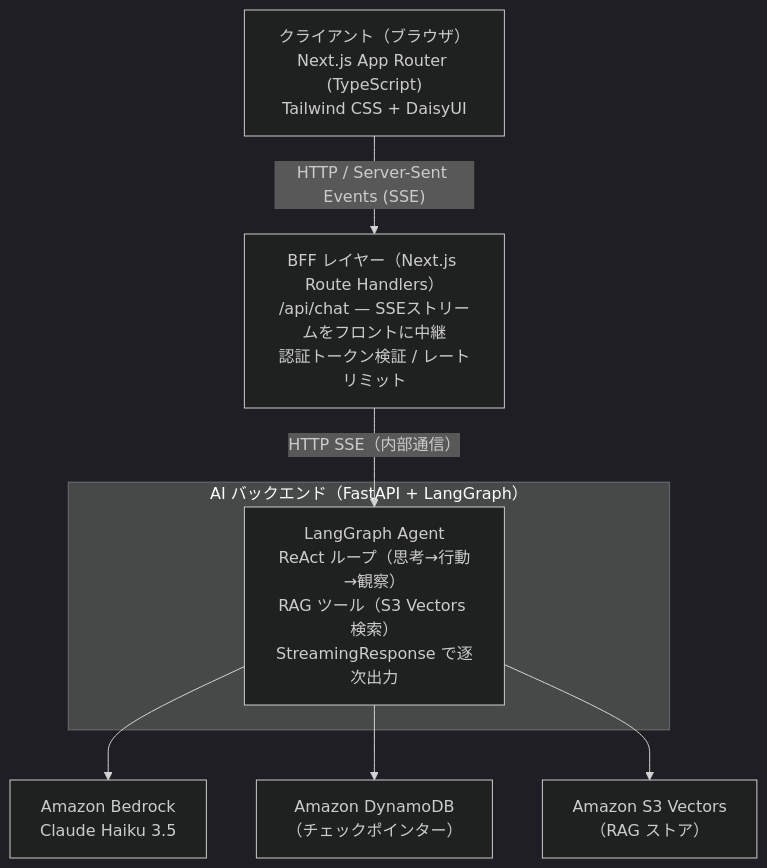
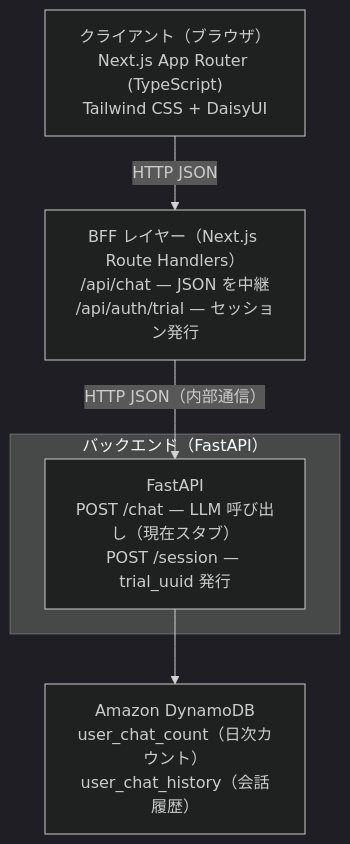
The diagram in docs/architecture/overall.md (ktr11/profile-chat-ai-docs), drawn with Mermaid (dark theme) before and after one commit. The commit also changed other lines of this file and 4 other files, not shown here.

````diff
--- a/docs/architecture/overall.md
+++ b/docs/architecture/overall.md
@@ -9,19 +9,15 @@
 ```mermaid
 flowchart TD
     Client["クライアント（ブラウザ）<br/>Next.js App Router (TypeScript)<br/>Tailwind CSS + DaisyUI"]
-    BFF["BFF レイヤー（Next.js Route Handlers）<br/>/api/chat — SSEストリームをフロントに中継<br/>認証トークン検証 / レートリミット"]
+    BFF["BFF レイヤー（Next.js Route Handlers）<br/>/api/chat — JSON を中継<br/>/api/auth/trial — セッション発行"]
 
-    subgraph backend["AI バックエンド（FastAPI + LangGraph）"]
-        Agent["LangGraph Agent<br/>ReAct ループ（思考→行動→観察）<br/>RAG ツール（S3 Vectors 検索）<br/>StreamingResponse で逐次出力"]
+    subgraph backend["バックエンド（FastAPI）"]
+        API["FastAPI<br/>POST /chat — LLM 呼び出し（現在スタブ）<br/>POST /session — trial_uuid 発行"]
     end
 
-    Bedrock["Amazon Bedrock<br/>Claude Haiku 3.5"]
-    DynamoDB["Amazon DynamoDB<br/>（チェックポインター）"]
-    S3Vectors["Amazon S3 Vectors<br/>（RAG ストア）"]
+    DynamoDB["Amazon DynamoDB<br/>user_chat_count（日次カウント）<br/>user_chat_history（会話履歴）"]
 
-    Client -->|"HTTP / Server-Sent Events (SSE)"| BFF
-    BFF -->|"HTTP SSE（内部通信）"| Agent
-    Agent --> Bedrock
-    Agent --> DynamoDB
-    Agent --> S3Vectors
+    Client -->|"HTTP JSON"| BFF
+    BFF -->|"HTTP JSON（内部通信）"| API
+    API --> DynamoDB
 ```
````
